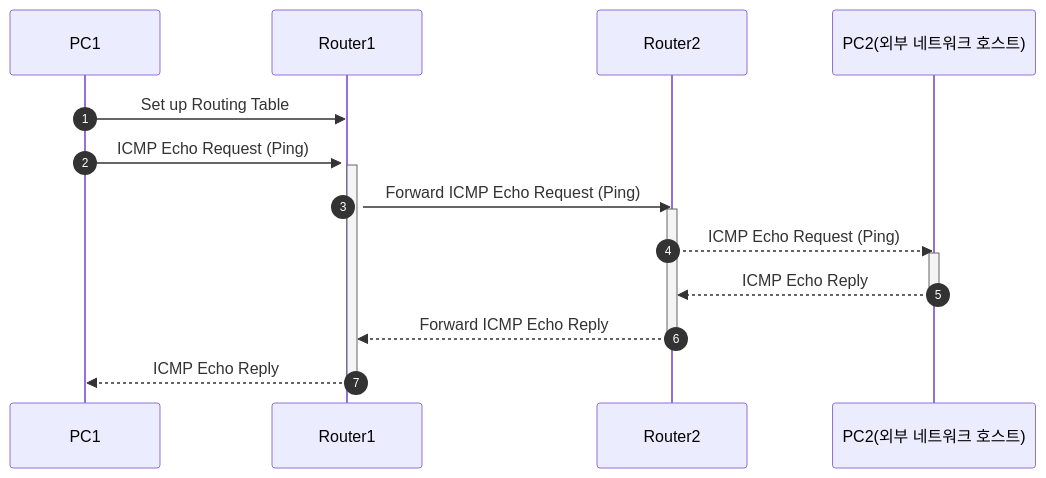
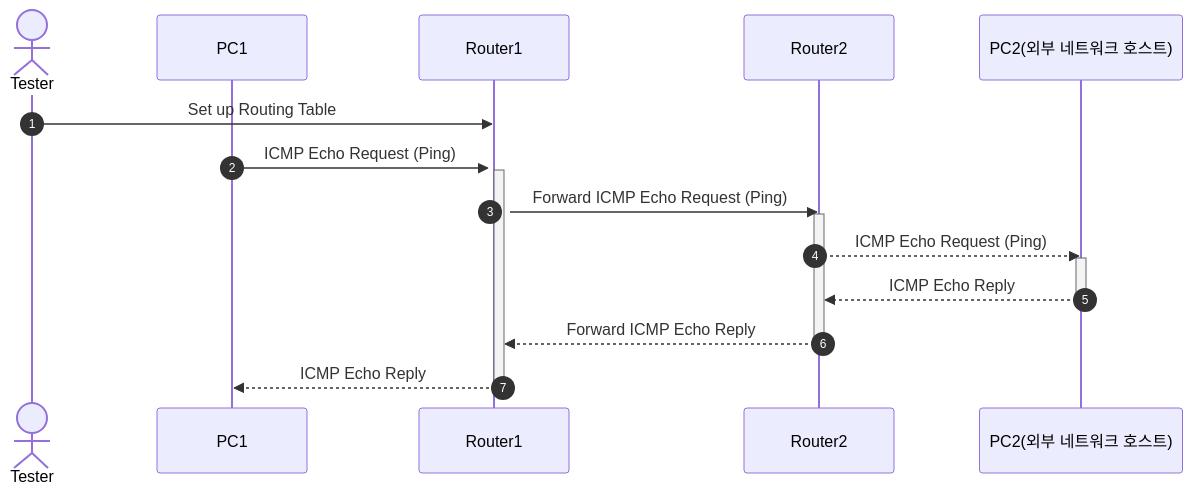
The first of 3 diagrams in static_router/README.md (troymerai/2023CN_ARPWithMFC), drawn with Mermaid before and after one commit. The commit also changed other lines of this file, not shown here.

Commit message:
시퀀스 다이어그램 수정

````diff
--- a/static_router/README.md
+++ b/static_router/README.md
@@ -38,23 +38,24 @@
 ```mermaid
 sequenceDiagram
+    actor A as Tester
     participant PC1
     participant Router1
     participant Router2
     participant PC2(외부 네트워크 호스트)
 
     autonumber
-    PC1->>Router1: Set up Routing Table
+    A->>Router1: Set up Routing Table
     activate Router1
     PC1->>Router1: ICMP Echo Request (Ping)
     activate Router1
     Router1->>Router2: Forward ICMP Echo Request (Ping)
     activate Router2
     Router2-->>PC2(외부 네트워크 호스트): ICMP Echo Request (Ping)
     activate PC2(외부 네트워크 호스트)
     PC2(외부 네트워크 호스트)-->>Router2: ICMP Echo Reply
     deactivate PC2(외부 네트워크 호스트)
     Router2-->>Router1: Forward ICMP Echo Reply
     deactivate Router2
     Router1-->>PC1: ICMP Echo Reply
     deactivate Router1
 ```
````
